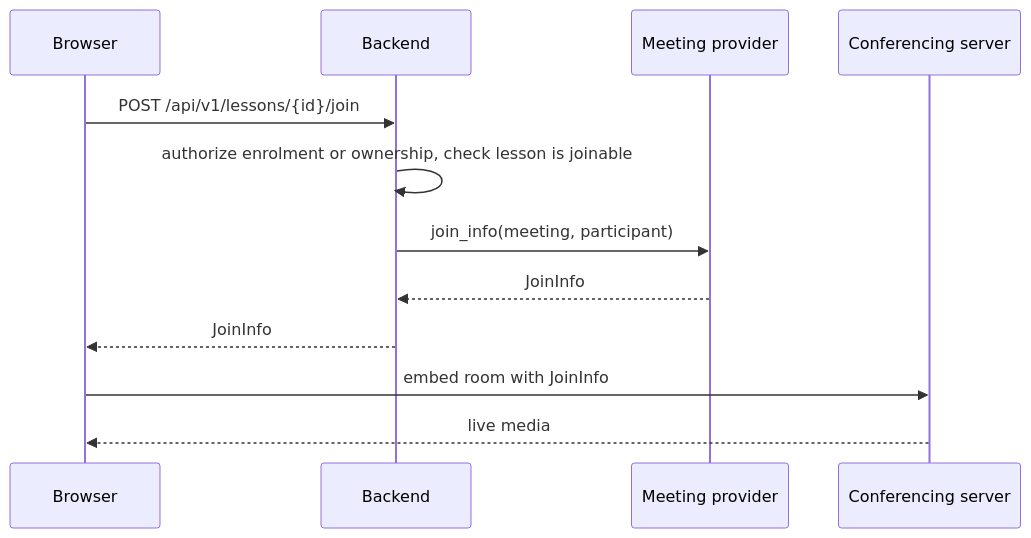
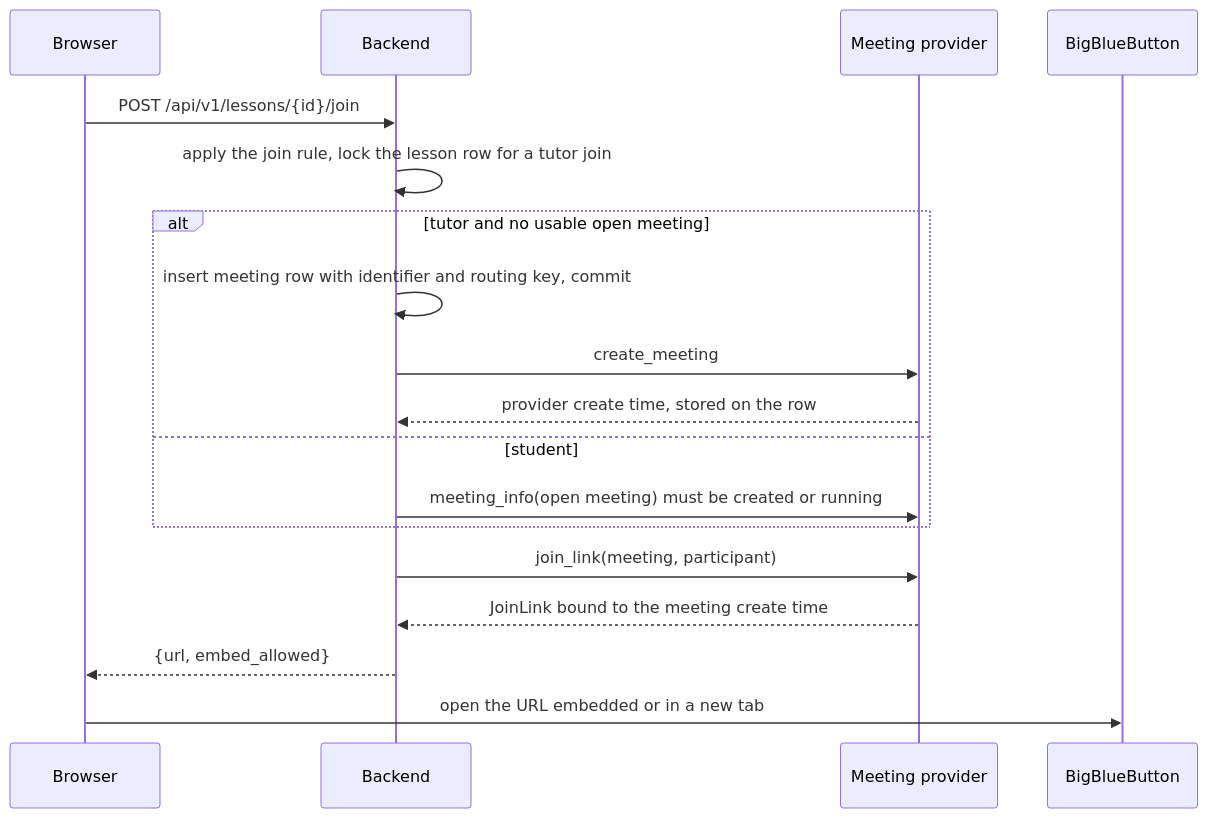
Before and after one commit to klukashka/ovc: the second of 3 diagrams in knowledge/specs/realtime-and-video.md, drawn with Mermaid. The commit also changed other lines of this file and 41 other files, not shown here.

````diff
--- a/knowledge/specs/realtime-and-video.md
+++ b/knowledge/specs/realtime-and-video.md
@@ -133,14 +158,20 @@
 ```mermaid
 sequenceDiagram
   participant S as Browser
   participant API as Backend
   participant P as Meeting provider
-  participant V as Conferencing server
+  participant V as BigBlueButton
   S->>API: POST /api/v1/lessons/{id}/join
-  API->>API: authorize enrolment or ownership, check lesson is joinable
-  API->>P: join_info(meeting, participant)
-  P-->>API: JoinInfo
-  API-->>S: JoinInfo
-  S->>V: embed room with JoinInfo
-  V-->>S: live media
+  API->>API: apply the join rule, lock the lesson row for a tutor join
+  alt tutor and no usable open meeting
+    API->>API: insert meeting row with identifier and routing key, commit
+    API->>P: create_meeting
+    P-->>API: provider create time, stored on the row
+  else student
+    API->>P: meeting_info(open meeting) must be created or running
+  end
+  API->>P: join_link(meeting, participant)
+  P-->>API: JoinLink bound to the meeting create time
+  API-->>S: {url, embed_allowed}
+  S->>V: open the URL embedded or in a new tab
 ```
````
